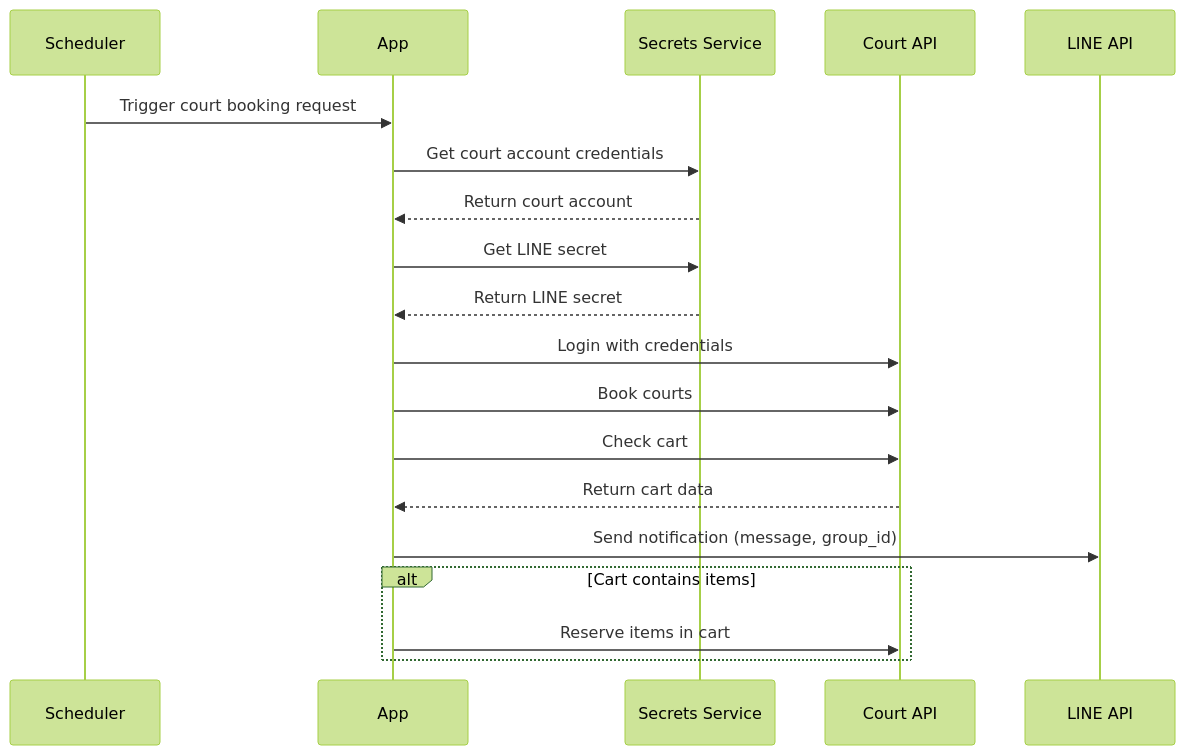
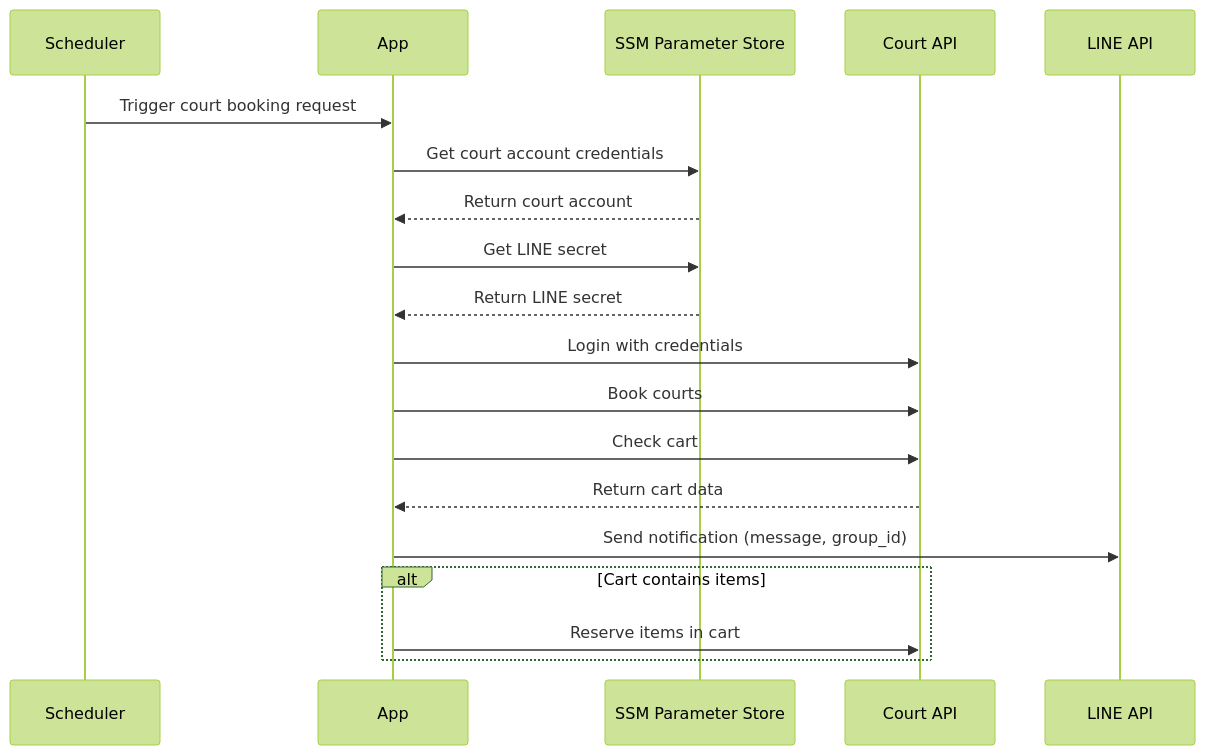
The diagram in README.md (k801030/badminton-bot), drawn with Mermaid (forest theme) before and after one commit. The commit also changed other lines of this file, not shown here.

Commit message:
docs: update README.md with new architecture and local dev instructions

````diff
--- a/README.md
+++ b/README.md
@@ -20,28 +20,28 @@
 ```mermaid
 sequenceDiagram
     participant Scheduler
     participant App
-    participant Secrets as Secrets Service
+    participant SSM as SSM Parameter Store
     participant Court as Court API
     participant LINE as LINE API
 
     Scheduler->>App: Trigger court booking request
 
-    App->>Secrets: Get court account credentials
-    Secrets-->>App: Return court account
+    App->>SSM: Get court account credentials
+    SSM-->>App: Return court account
 
-    App->>Secrets: Get LINE secret
-    Secrets-->>App: Return LINE secret
+    App->>SSM: Get LINE secret
+    SSM-->>App: Return LINE secret
 
     App->>Court: Login with credentials
     App->>Court: Book courts
     App->>Court: Check cart
     Court-->>App: Return cart data
 
     App->>LINE: Send notification (message, group_id)
 
     alt Cart contains items
         App->>Court: Reserve items in cart
     end
 
 ```
````
